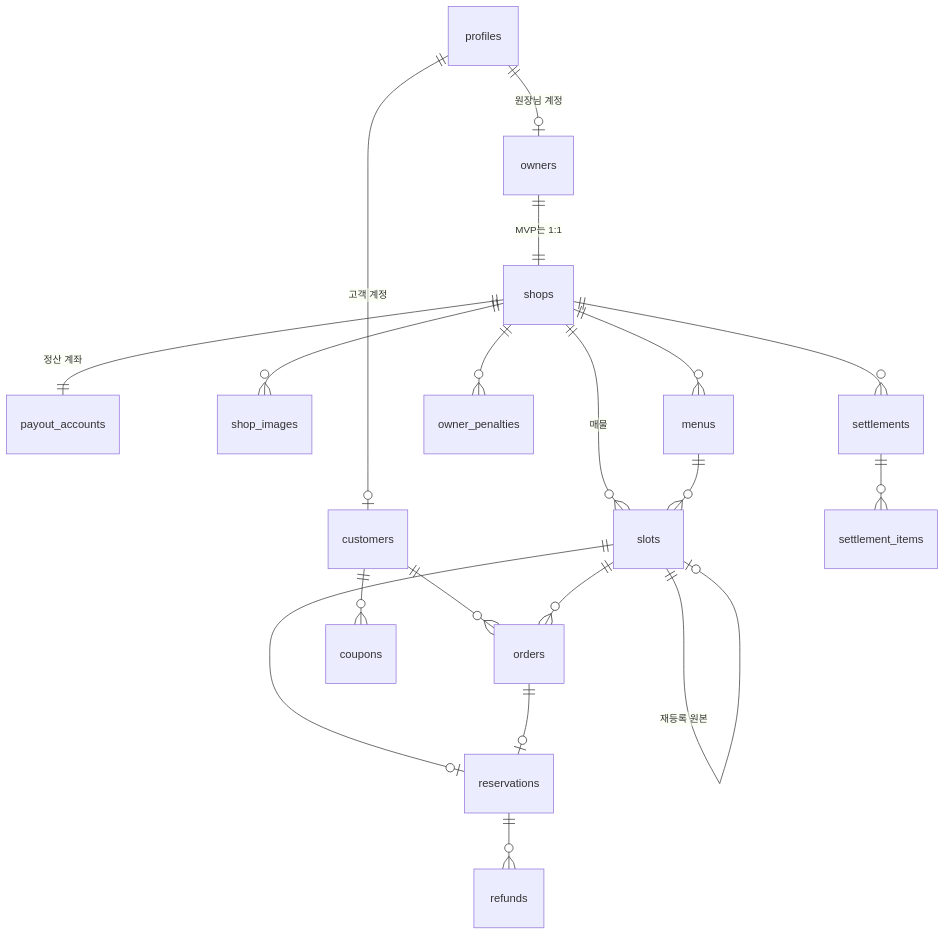
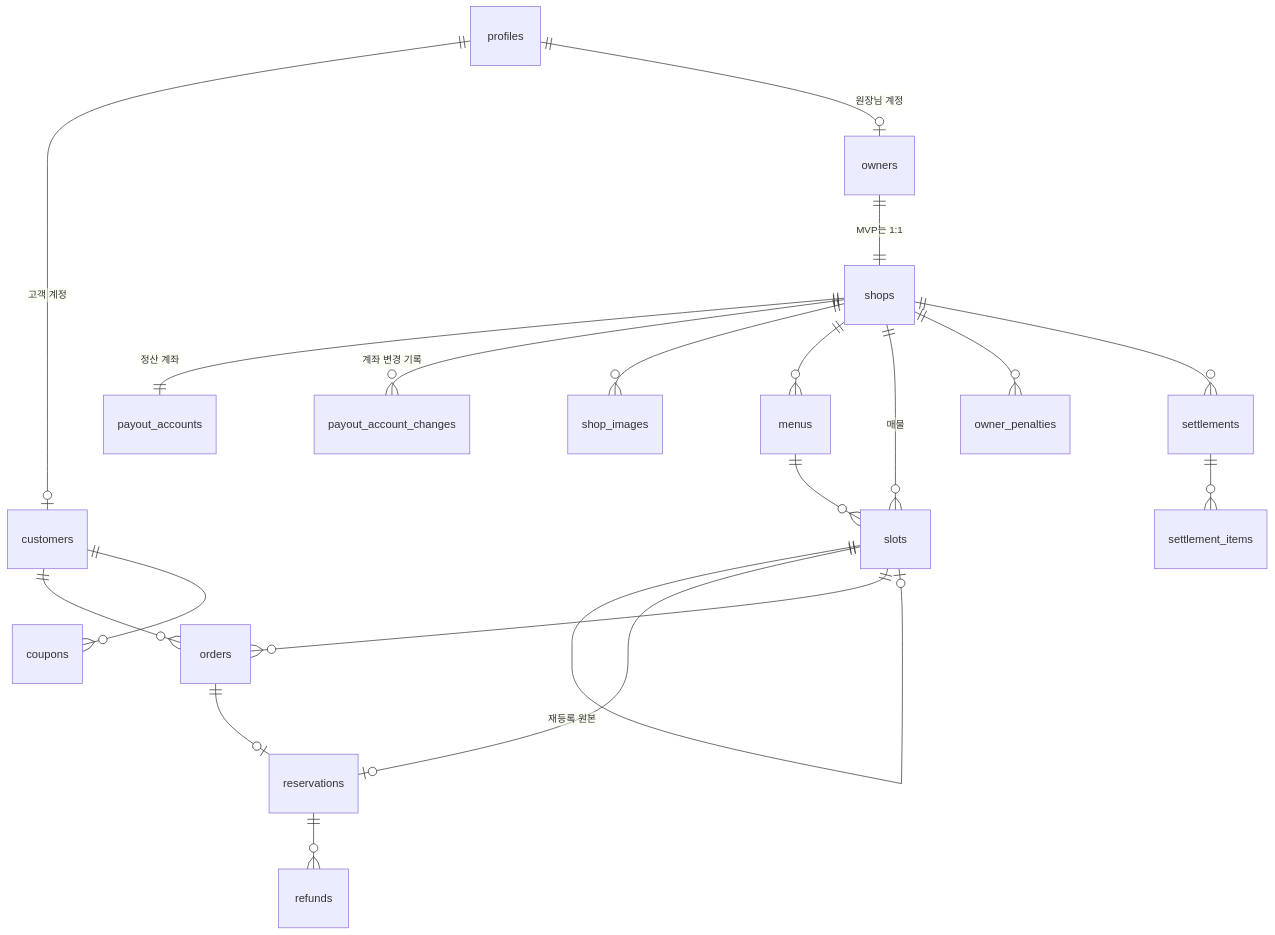
Before and after one commit to nnoinn/toori: the diagram in docs/schema-v1.md, drawn with Mermaid. The commit also changed other lines of this file and 11 other files, not shown here.

````diff
--- a/docs/schema-v1.md
+++ b/docs/schema-v1.md
@@ -26,21 +26,22 @@
 ```mermaid
 erDiagram
   profiles ||--o| customers : "고객 계정"
   profiles ||--o| owners : "원장님 계정"
   owners ||--|| shops : "MVP는 1:1"
   shops ||--|| payout_accounts : "정산 계좌"
+  shops ||--o{ payout_account_changes : "계좌 변경 기록"
   shops ||--o{ shop_images : ""
   shops ||--o{ menus : ""
   shops ||--o{ slots : "매물"
   menus ||--o{ slots : ""
   slots ||--o| slots : "재등록 원본"
   slots ||--o| reservations : ""
   customers ||--o{ orders : ""
   slots ||--o{ orders : ""
   orders ||--o| reservations : ""
   reservations ||--o{ refunds : ""
   customers ||--o{ coupons : ""
   shops ||--o{ owner_penalties : ""
   shops ||--o{ settlements : ""
   settlements ||--o{ settlement_items : ""
 ```
````
